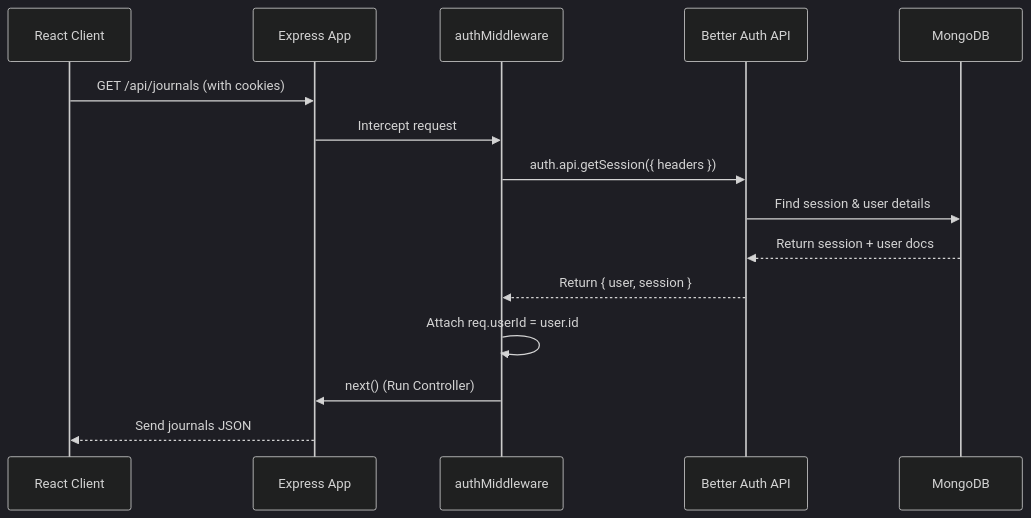
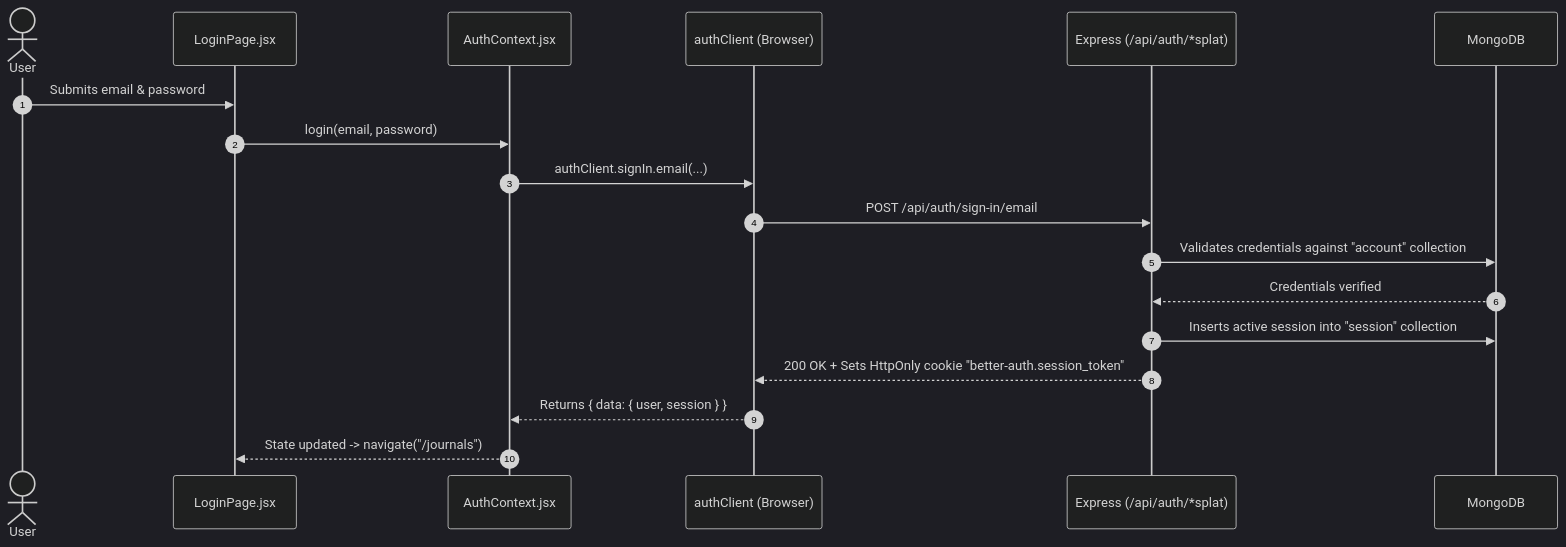
The diagram in Notes/BetterAuth.md (Sandipxg/MyJournalApp), drawn with Mermaid (dark theme) before and after one commit. The commit also changed other lines of this file and 2 other files, not shown here.

````diff
--- a/Notes/BetterAuth.md
+++ b/Notes/BetterAuth.md
@@ -56,18 +281,21 @@
 ```mermaid
 sequenceDiagram
-    participant Frontend as React Client
-    participant Express as Express App
-    participant Middleware as authMiddleware
-    participant BetterAuth as Better Auth API
-    participant Mongo as MongoDB
+  autonumber
+  actor User
+  participant UI as LoginPage.jsx
+  participant AuthContext as AuthContext.jsx
+  participant ClientSDK as authClient (Browser)
+  participant Express as Express (/api/auth/*splat)
+  participant DB as MongoDB
 
-    Frontend->>Express: GET /api/journals (with cookies)
-    Express->>Middleware: Intercept request
-    Middleware->>BetterAuth: auth.api.getSession({ headers })
-    BetterAuth->>Mongo: Find session & user details
-    Mongo-->>BetterAuth: Return session + user docs
-    BetterAuth-->>Middleware: Return { user, session }
-    Middleware->>Middleware: Attach req.userId = user.id
-    Middleware->>Express: next() (Run Controller)
-    Express-->>Frontend: Send journals JSON
+  User->>UI: Submits email & password
+  UI->>AuthContext: login(email, password)
+  AuthContext->>ClientSDK: authClient.signIn.email(...)
+  ClientSDK->>Express: POST /api/auth/sign-in/email
+  Express->>DB: Validates credentials against "account" collection
+  DB-->>Express: Credentials verified
+  Express->>DB: Inserts active session into "session" collection
+  Express-->>ClientSDK: 200 OK + Sets HttpOnly cookie "better-auth.session_token"
+  ClientSDK-->>AuthContext: Returns { data: { user, session } }
+  AuthContext-->>UI: State updated -> navigate("/journals")
 ```
````
